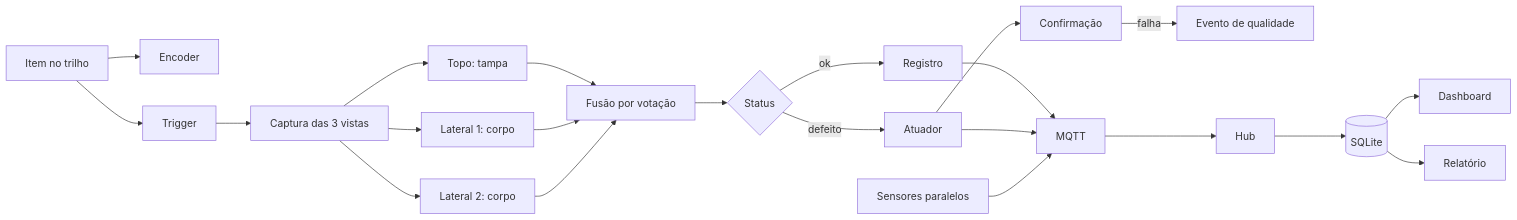
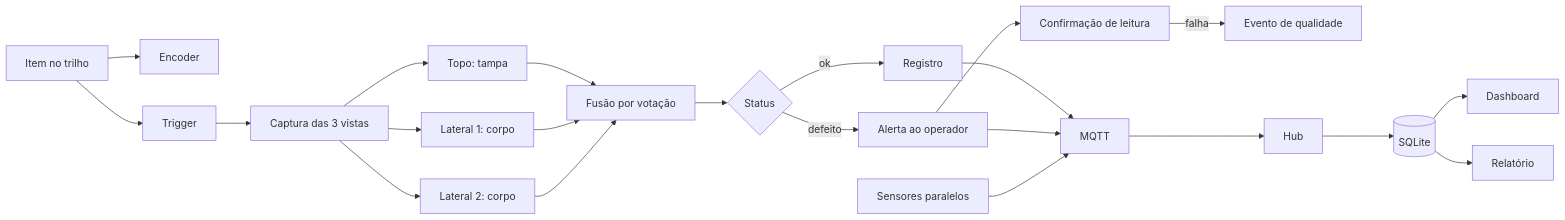
The diagram in README.md (Nertonm/tcc-pnaat), drawn with Mermaid before and after one commit. The commit also changed other lines of this file and 11 other files, not shown here.

````diff
--- a/README.md
+++ b/README.md
@@ -9,24 +9,24 @@
 ```mermaid
 flowchart LR
     item[Item no trilho] --> encoder[Encoder]
     item --> trigger[Trigger]
     trigger --> captura[Captura das 3 vistas]
     captura --> cls1[Topo: tampa]
     captura --> cls2[Lateral 1: corpo]
     captura --> cls3[Lateral 2: corpo]
     cls1 --> fusao[Fusão por votação]
     cls2 --> fusao
     cls3 --> fusao
     fusao --> decisao{Status}
     decisao -->|ok| reg[Registro]
-    decisao -->|defeito| atuador[Atuador]
-    atuador --> conf[Confirmação]
+    decisao -->|defeito| alerta[Alerta ao operador]
+    alerta --> conf[Confirmação de leitura]
     conf -->|falha| qualidade[Evento de qualidade]
     reg --> mqtt[MQTT]
-    atuador --> mqtt
+    alerta --> mqtt
     sensores[Sensores paralelos] --> mqtt
     mqtt --> hub[Hub]
     hub --> db[(SQLite)]
     db --> dash[Dashboard]
     db --> rel[Relatório]
 ```
````
